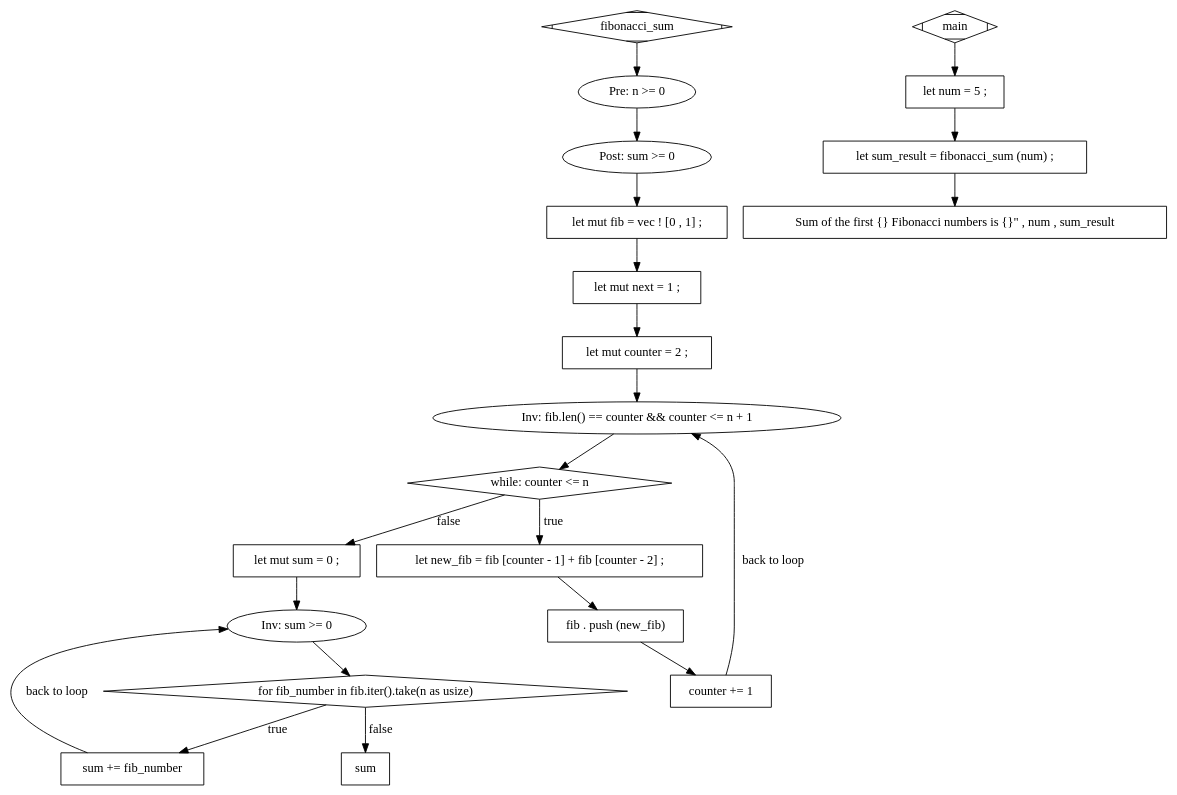
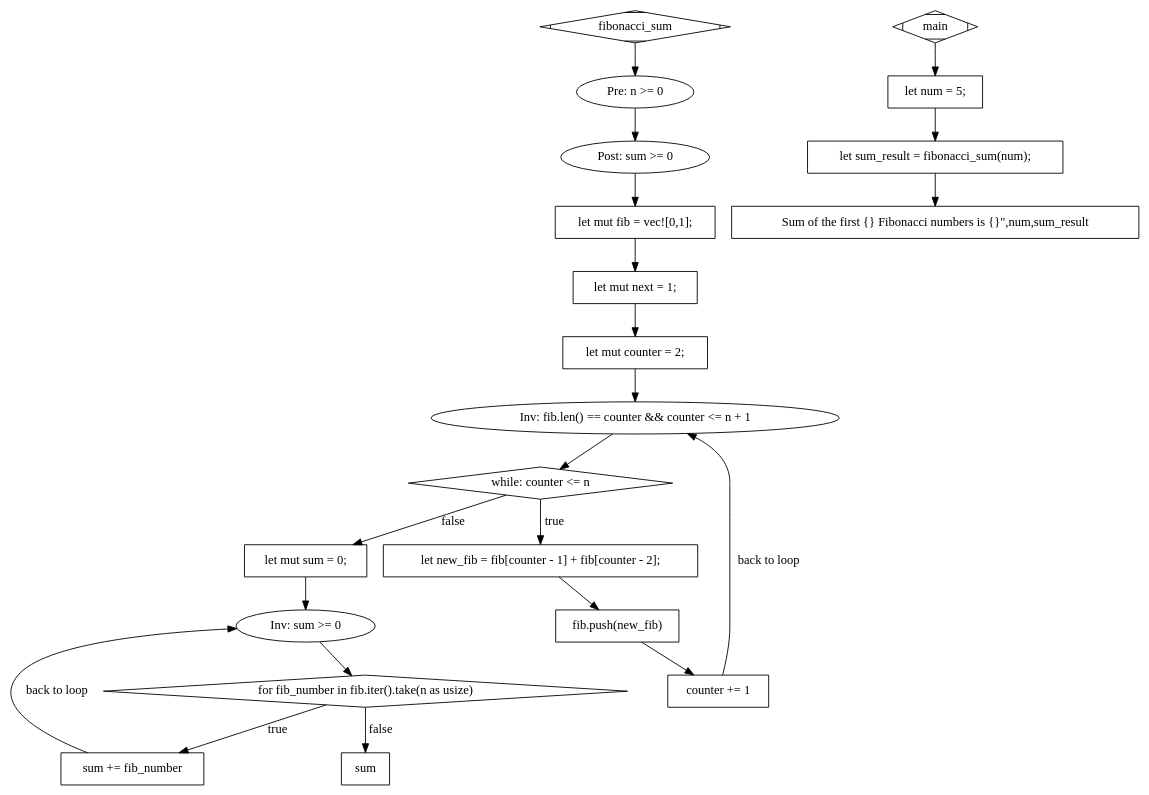
Before and after one commit to vasilevlaicu/secured-rust: the diagram in src/graphs/for.dot, drawn with Graphviz. The commit also changed 3 other files, not shown here.

```diff
--- a/src/graphs/for.dot
+++ b/src/graphs/for.dot
@@ -1,42 +1,42 @@
 digraph G {
 0 [label="fibonacci_sum", shape=Mdiamond]
 1 [label="Pre: n >= 0", shape=ellipse]
 2 [label="Post: sum >= 0", shape=ellipse]
-3 [label="let mut fib = vec ! [0 , 1] ;", shape=box]
-4 [label="let mut next = 1 ;", shape=box]
-5 [label="let mut counter = 2 ;", shape=box]
+3 [label="let mut fib = vec![0,1];", shape=box]
+4 [label="let mut next = 1;", shape=box]
+5 [label="let mut counter = 2;", shape=box]
 6 [label="Inv: fib.len() == counter && counter <= n + 1", shape=ellipse]
 7 [label="while: counter <= n", shape=diamond]
-8 [label="let new_fib = fib [counter - 1] + fib [counter - 2] ;", shape=box]
-9 [label="fib . push (new_fib)", shape=box]
+8 [label="let new_fib = fib[counter - 1] + fib[counter - 2];", shape=box]
+9 [label="fib.push(new_fib)", shape=box]
 10 [label="counter += 1", shape=box]
-11 [label="let sum_result = fibonacci_sum (num) ;", shape=box]
-12 [label="let mut sum = 0 ;", shape=box]
+11 [label="let sum_result = fibonacci_sum(num);", shape=box]
+12 [label="let mut sum = 0;", shape=box]
 13 [label="Inv: sum >= 0", shape=ellipse]
 14 [label="for fib_number in fib.iter().take(n as usize)", shape=diamond]
 15 [label="sum += fib_number", shape=box]
-16 [label="Sum of the first {} Fibonacci numbers is {}\" , num , sum_result", shape=box]
+16 [label="Sum of the first {} Fibonacci numbers is {}\",num,sum_result", shape=box]
 17 [label="sum", shape=box]
 18 [label="main", shape=Mdiamond]
-19 [label="let num = 5 ;", shape=box]
+19 [label="let num = 5;", shape=box]
 0 -> 1 [label=""];
 1 -> 2 [label=""];
 2 -> 3 [label=""];
 3 -> 4 [label=""];
 4 -> 5 [label=""];
 5 -> 6 [label=""];
 6 -> 7 [label=""];
 7 -> 8 [label="true"];
 8 -> 9 [label=""];
 9 -> 10 [label=""];
 10 -> 6 [label="back to loop"];
 19 -> 11 [label=""];
 7 -> 12 [label="false"];
 12 -> 13 [label=""];
 13 -> 14 [label=""];
 14 -> 15 [label="true"];
 15 -> 13 [label="back to loop"];
 11 -> 16 [label=""];
 14 -> 17 [label="false"];
 18 -> 19 [label=""];
 }
```
